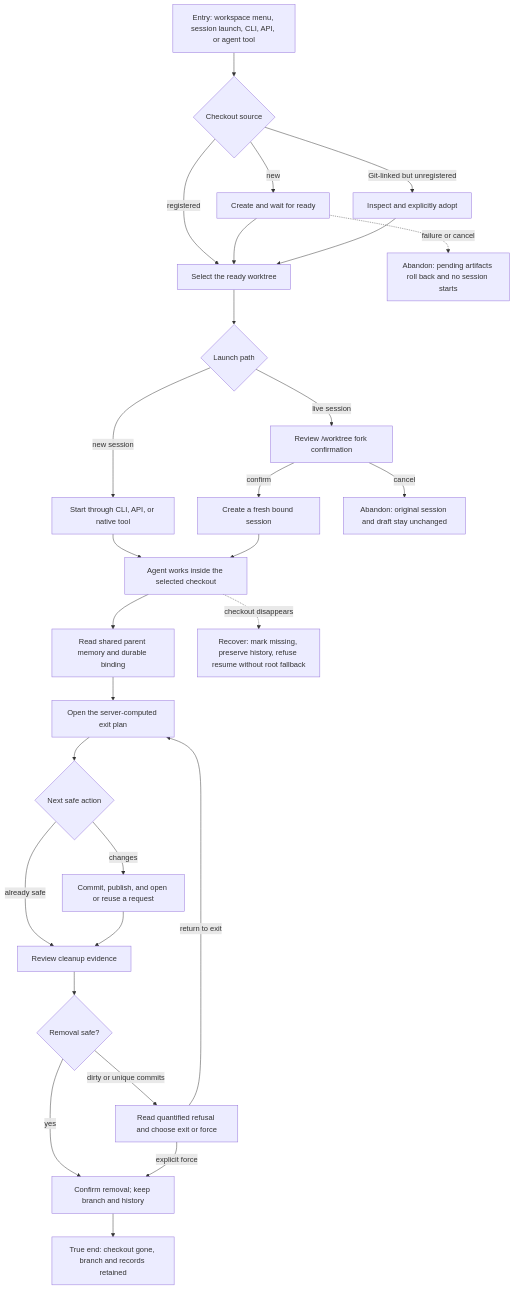
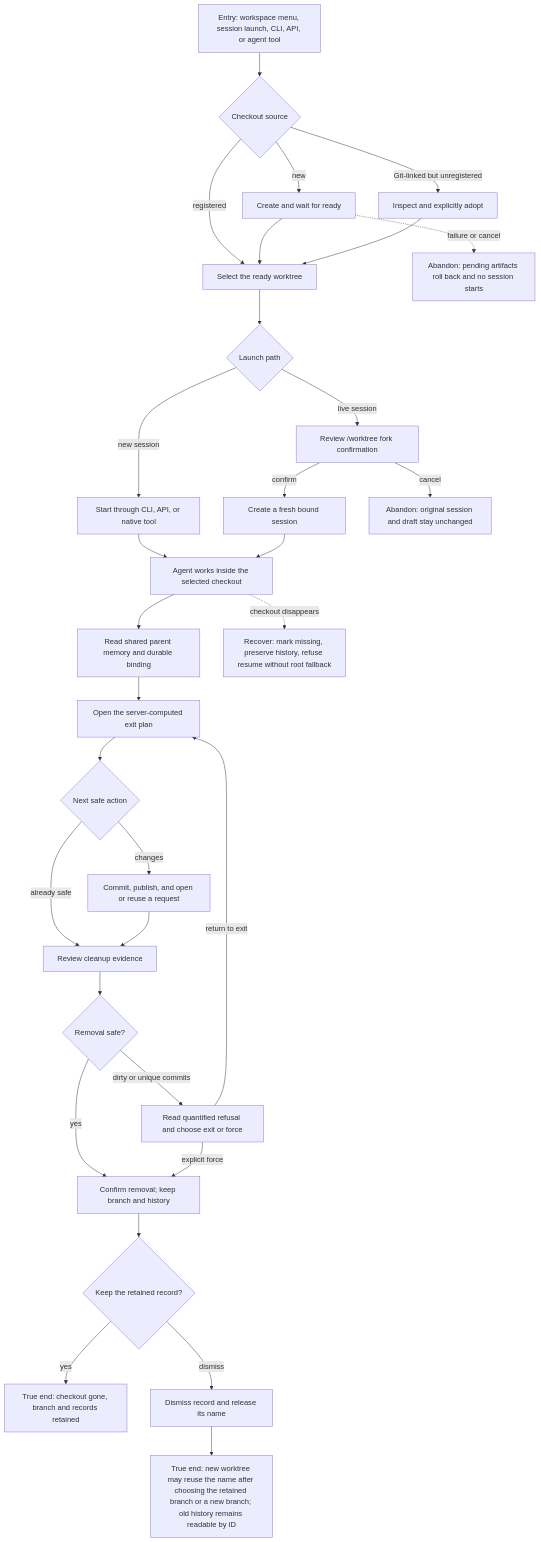
Before and after one commit to compozy/compozy: the diagram in docs/qa/journeys/J-worktree-management.md, drawn with Mermaid. The commit also changed other lines of this file and 121 other files, not shown here.

````diff
--- a/docs/qa/journeys/J-worktree-management.md
+++ b/docs/qa/journeys/J-worktree-management.md
@@ -6,30 +6,33 @@
 ```mermaid
 flowchart TD
     A[Entry: workspace menu, session launch, CLI, API, or agent tool] --> B{Checkout source}
     B -->|new| C[Create and wait for ready]
     B -->|Git-linked but unregistered| D[Inspect and explicitly adopt]
     B -->|registered| E[Select the ready worktree]
     C --> E
     D --> E
     E --> F{Launch path}
     F -->|new session| G[Start through CLI, API, or native tool]
     F -->|live session| H[Review /worktree fork confirmation]
     H -->|confirm| I[Create a fresh bound session]
     H -->|cancel| X1[Abandon: original session and draft stay unchanged]
     G --> J[Agent works inside the selected checkout]
     I --> J
     J --> K[Read shared parent memory and durable binding]
     K --> L[Open the server-computed exit plan]
     L --> M{Next safe action}
     M -->|changes| N[Commit, publish, and open or reuse a request]
     M -->|already safe| O[Review cleanup evidence]
     N --> O
     O --> P{Removal safe?}
     P -->|yes| Q[Confirm removal; keep branch and history]
     P -->|dirty or unique commits| R[Read quantified refusal and choose exit or force]
     R -->|return to exit| L
     R -->|explicit force| Q
-    Q --> S[True end: checkout gone, branch and records retained]
+    Q --> S{Keep the retained record?}
+    S -->|yes| T[True end: checkout gone, branch and records retained]
+    S -->|dismiss| U[Dismiss record and release its name]
+    U --> V[True end: new worktree may reuse the name after choosing the retained branch or a new branch; old history remains readable by ID]
     C -.->|failure or cancel| X2[Abandon: pending artifacts roll back and no session starts]
     J -.->|checkout disappears| X3[Recover: mark missing, preserve history, refuse resume without root fallback]
 ```
````
